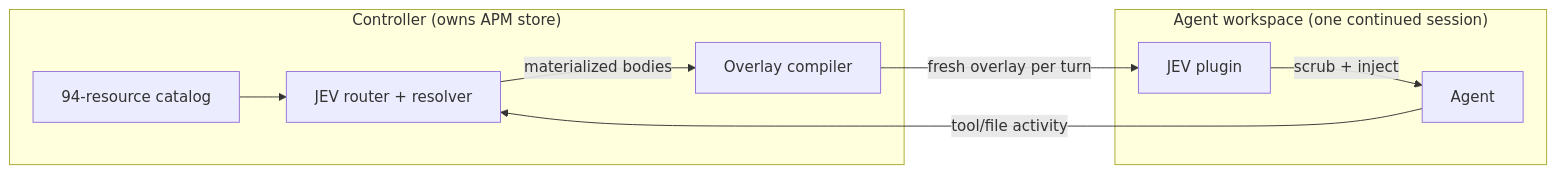
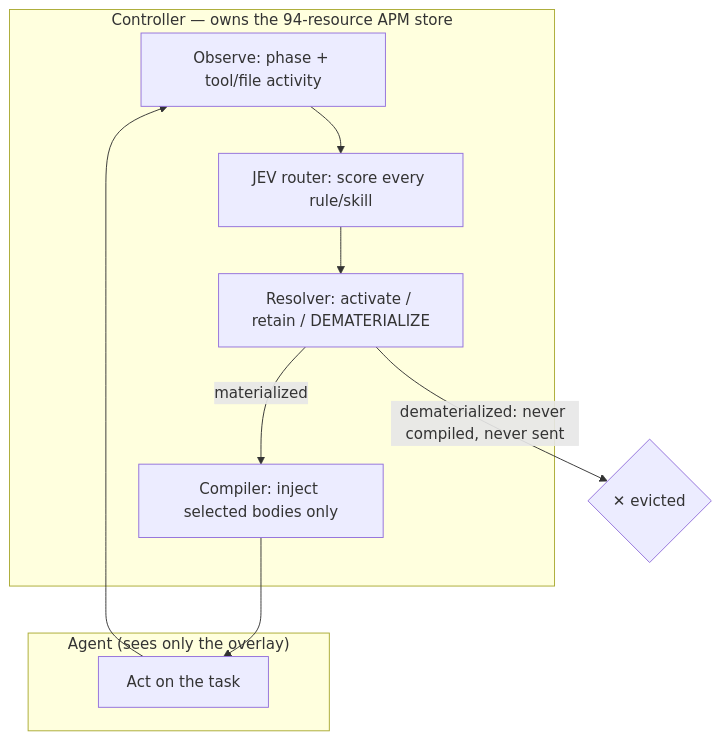
The diagram in README.md (pangelini777/PoC-BetterContext), drawn with Mermaid before and after one commit. The commit also changed other lines of this file, not shown here.

Commit message:
README: single vertical WHEN-diagram plus session-shape prose

````diff
--- a/README.md
+++ b/README.md
@@ -66,17 +66,18 @@
   ```mermaid
-  flowchart LR
-      subgraph CTRL["Controller (owns APM store)"]
-          CAT["94-resource catalog"]
-          JEV["JEV router + resolver"]
-          CMP["Overlay compiler"]
+  flowchart TB
+      subgraph CTRL["Controller — owns the 94-resource APM store"]
+          OBS["Observe: phase + tool/file activity"]
+          JEV["JEV router: score every rule/skill"]
+          RES["Resolver: activate / retain / DEMATERIALIZE"]
+          CMP["Compiler: inject selected bodies only"]
       end
-      subgraph WS["Agent workspace (one continued session)"]
-          PLG["JEV plugin"]
-          AGT["Agent"]
+      subgraph AGT["Agent (sees only the overlay)"]
+          ACT["Act on the task"]
       end
-      CAT --> JEV
-      JEV -->|"materialized bodies"| CMP
-      CMP -->|"fresh overlay per turn"| PLG
-      PLG -->|"scrub + inject"| AGT
-      AGT -->|"tool/file activity"| JEV
+      OBS --> JEV
+      JEV --> RES
+      RES -->|"materialized"| CMP
+      RES -->|"dematerialized: never compiled, never sent"| EVICT{"✕ evicted"}
+      CMP --> ACT
+      ACT --> OBS
   ```
````
